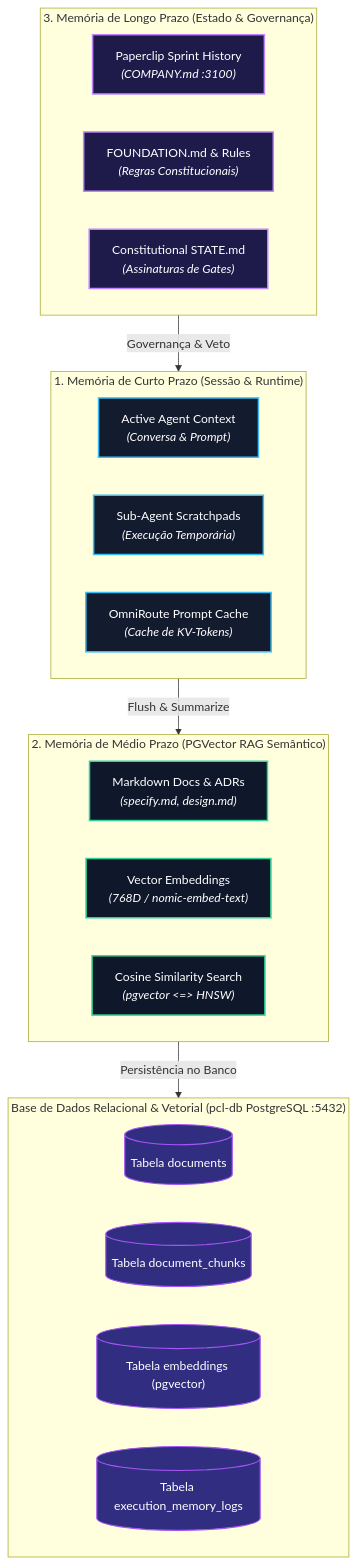
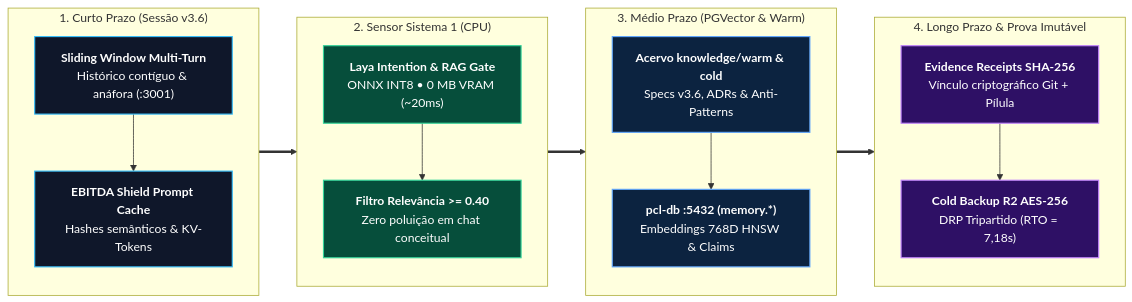
Before and after one commit to EnterDufter/PromptCoreLabs_AEOS: the first of 3 diagrams in projects/Living Architecture PCL AEOS/docs/memory-rag/README.md, drawn with Mermaid. The commit also changed other lines of this file and 34 other files, not shown here.

First line of the commit message:
docs(aeos-v3.6): upgrade complete repository & Living Architecture portal with pure UTF-8, Dual-Track narrative & Cortex v7 diagrams

````diff
--- a/projects/Living Architecture PCL AEOS/docs/memory-rag/README.md
+++ b/projects/Living Architecture PCL AEOS/docs/memory-rag/README.md
@@ -22,39 +20,37 @@
 ```mermaid
-graph TD
-    classDef shortM fill:#131b2e,stroke:#38bdf8,stroke-width:2px,color:#fff;
-    classDef medM fill:#0f172a,stroke:#34d399,stroke-width:2px,color:#fff;
-    classDef longM fill:#1e1b4b,stroke:#c084fc,stroke-width:2px,color:#fff;
-    classDef db fill:#312e81,stroke:#a855f7,stroke-width:1.5px,color:#fff;
+flowchart LR
+    classDef shortM fill:#0f172a,stroke:#38bdf8,stroke-width:1.5px,color:#ffffff;
+    classDef gateM fill:#064e3b,stroke:#34d399,stroke-width:1.5px,color:#ffffff;
+    classDef medM fill:#0c2340,stroke:#60a5fa,stroke-width:1.5px,color:#ffffff;
+    classDef longM fill:#2e1065,stroke:#c084fc,stroke-width:1.5px,color:#ffffff;
 
-    subgraph L1["1. Memória de Curto Prazo (Sessão & Runtime)"]
-        direction LR
-        S1["Active Agent Context<br/><i>(Conversa & Prompt)</i>"]:::shortM
-        S2["Sub-Agent Scratchpads<br/><i>(Execução Temporária)</i>"]:::shortM
-        S3["OmniRoute Prompt Cache<br/><i>(Cache de KV-Tokens)</i>"]:::shortM
+    subgraph L1["1. Curto Prazo (Sessão v3.6)"]
+        direction TB
+        S1["<b>Sliding Window Multi-Turn</b><br/>Histórico contíguo & anáfora (:3001)"]:::shortM
+        S2["<b>EBITDA Shield Prompt Cache</b><br/>Hashes semânticos & KV-Tokens"]:::shortM
+        S1 --> S2
     end
 
-    subgraph L2["2. Memória de Médio Prazo (PGVector RAG Semântico)"]
-        direction LR
-        M1["Markdown Docs & ADRs<br/><i>(specify.md, design.md)</i>"]:::medM
-        M2["Vector Embeddings<br/><i>(768D / nomic-embed-text)</i>"]:::medM
-        M3["Cosine Similarity Search<br/><i>(pgvector <=> HNSW)</i>"]:::medM
+    subgraph LG["2. Sensor Sistema 1 (CPU)"]
+        direction TB
+        G1["<b>Laya Intention & RAG Gate</b><br/>ONNX INT8 • 0 MB VRAM (~20ms)"]:::gateM
+        G2["<b>Filtro Relevância >= 0.40</b><br/>Zero poluição em chat conceitual"]:::gateM
+        G1 --> G2
     end
 
-    subgraph L3["3. Memória de Longo Prazo (Estado & Governança)"]
-        direction LR
-        H1["Paperclip Sprint History<br/><i>(COMPANY.md :3100)</i>"]:::longM
-        H2["FOUNDATION.md & Rules<br/><i>(Regras Constitucionais)</i>"]:::longM
-        H3["Constitutional STATE.md<br/><i>(Assinaturas de Gates)</i>"]:::longM
+    subgraph L2["3. Médio Prazo (PGVector & Warm)"]
+        direction TB
+        M1["<b>Acervo knowledge/warm & cold</b><br/>Specs v3.6, ADRs & Anti-Patterns"]:::medM
+        M2["<b>pcl-db :5432 (memory.*)</b><br/>Embeddings 768D HNSW & Claims"]:::medM
+        M1 --> M2
     end
 
-    subgraph DB["Base de Dados Relacional & Vetorial (pcl-db PostgreSQL :5432)"]
-        T1[("Tabela documents")]:::db
-        T2[("Tabela document_chunks")]:::db
-        T3[("Tabela embeddings (pgvector)")]:::db
-        T4[("Tabela execution_memory_logs")]:::db
+    subgraph L3["4. Longo Prazo & Prova Imutável"]
+        direction TB
+        H1["<b>Evidence Receipts SHA-256</b><br/>Vínculo criptográfico Git + Pílula"]:::longM
+        H2["<b>Cold Backup R2 AES-256</b><br/>DRP Tripartido (RTO = 7,18s)"]:::longM
+        H1 --> H2
     end
 
-    L1 -->|Flush & Summarize| L2
-    L2 -->|Persistência no Banco| DB
-    L3 -->|Governança & Veto| L1
+    L1 ==> LG ==> L2 ==> L3
 ```
````
